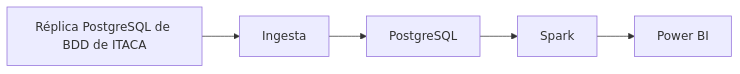
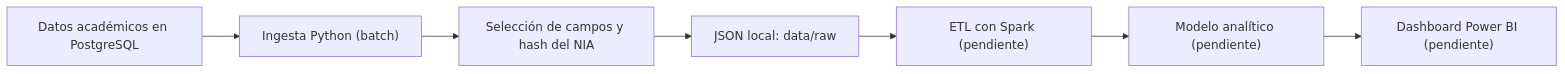
Before and after one commit to CarlosPrades/bigdata-p2-itaca: the diagram in README.md, drawn with Mermaid. The commit also changed other lines of this file, not shown here.

Commit message:
doc: align README structure with other projects and document PostgreSQL setup (#5.1)

````diff
--- a/README.md
+++ b/README.md
@@ -10,7 +15,9 @@
 ```mermaid
 graph LR
-    A[Réplica PostgreSQL de BDD de ITACA] --> B[Ingesta]
-    B --> C[PostgreSQL]
-    C --> D[Spark]
-    D --> E[Power BI]
+    A["Datos académicos en PostgreSQL"] --> B["Ingesta Python (batch)"]
+    B --> C["Selección de campos y hash del NIA"]
+    C --> D["JSON local: data/raw"]
+    D --> E["ETL con Spark (pendiente)"]
+    E --> F["Modelo analítico (pendiente)"]
+    F --> G["Dashboard Power BI (pendiente)"]
 ```
````
